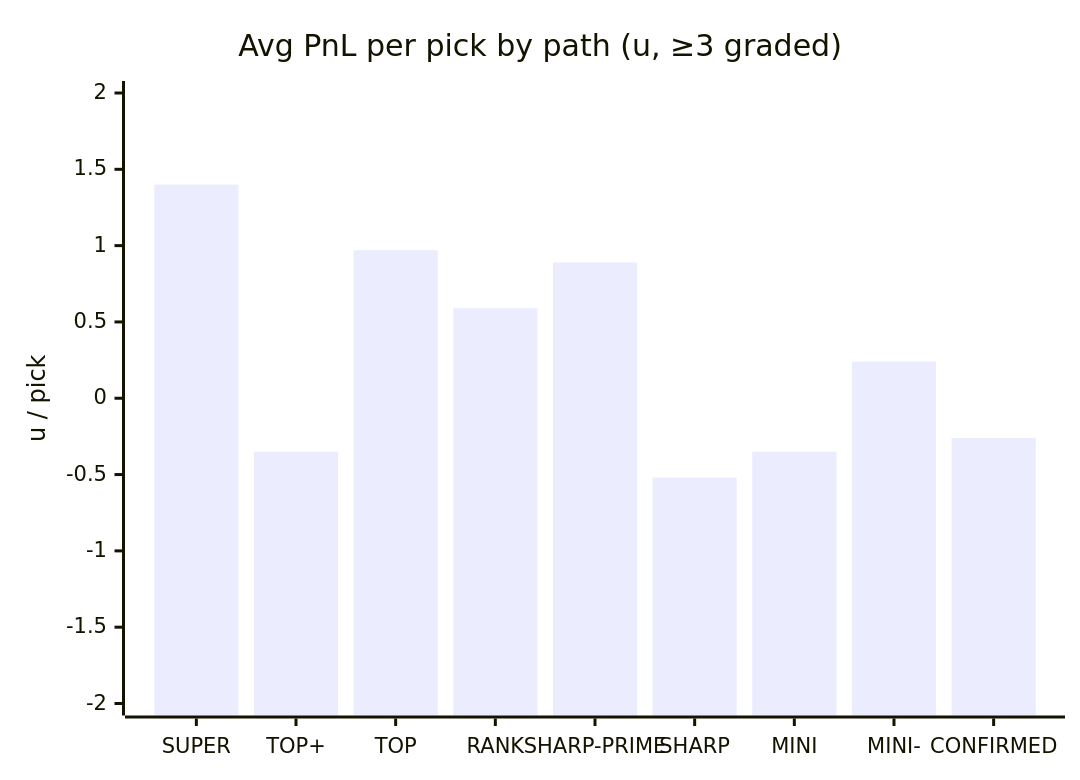
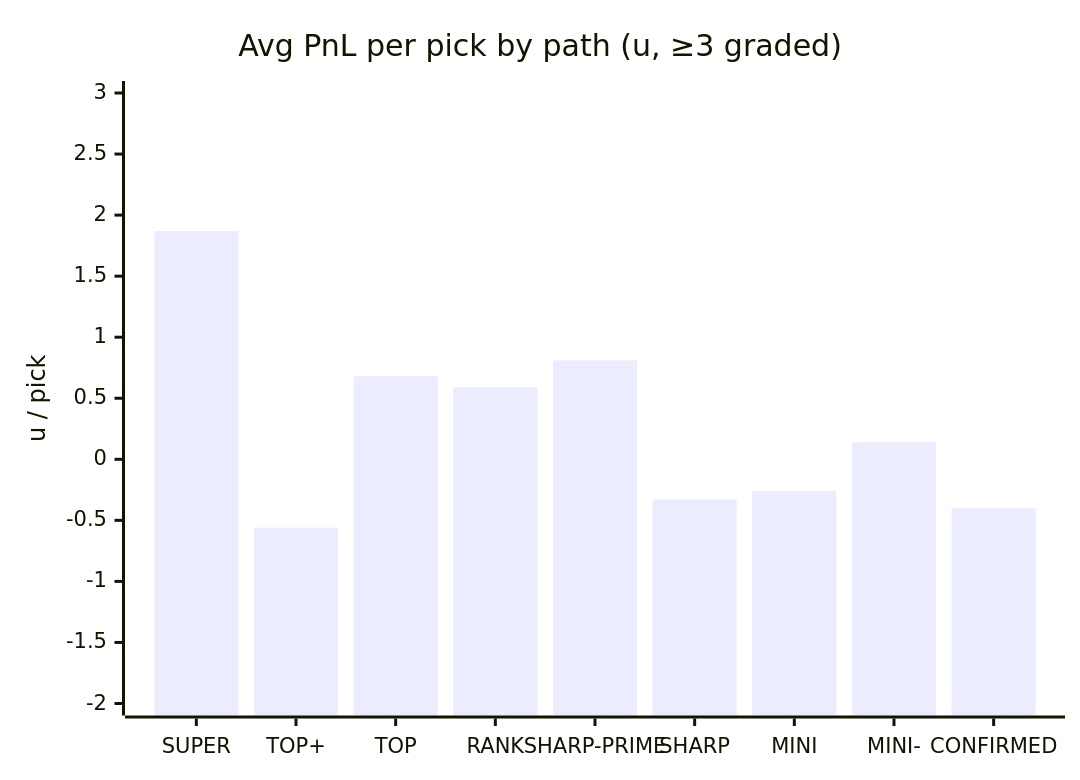
Before and after one commit to dpk1212/nhl-savant: the third of 5 diagrams in DAILY_AGSU_REPORT.md, drawn with Mermaid. The commit also changed other lines of this file, not shown here.

````diff
--- a/DAILY_AGSU_REPORT.md
+++ b/DAILY_AGSU_REPORT.md
@@ -332,7 +334,7 @@
 ```mermaid
 xychart-beta
     title "Avg PnL per pick by path (u, ≥3 graded)"
     x-axis ["SUPER", "TOP+", "TOP", "RANK", "SHARP-PRIME", "SHARP", "MINI", "MINI-", "CONFIRMED"]
-    y-axis "u / pick" -2 --> 2
-    bar [1.4, -0.35, 0.97, 0.59, 0.89, -0.52, -0.35, 0.24, -0.26]
+    y-axis "u / pick" -2 --> 3
+    bar [1.87, -0.56, 0.68, 0.59, 0.81, -0.33, -0.26, 0.14, -0.4]
 ```
````
